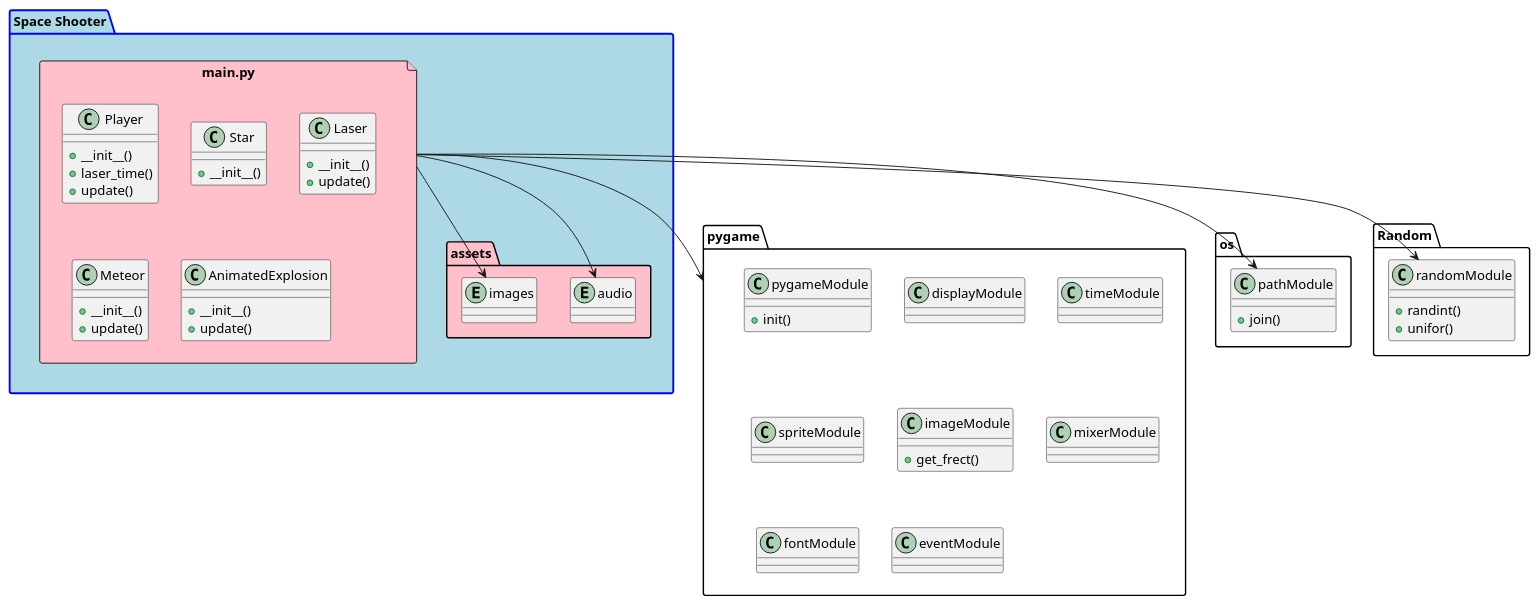
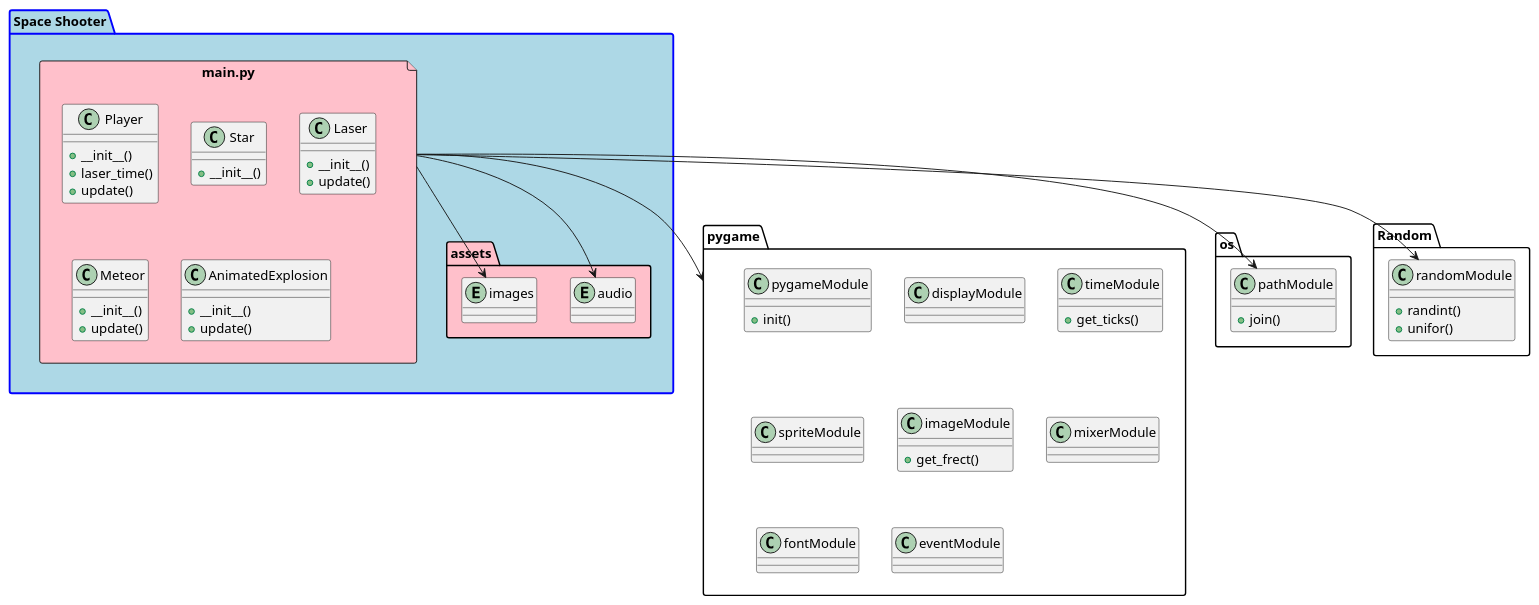
One commit to EZam1992/Pygame-Space-Shooter- changed the diagram in diagrams/main.puml. Above: the diagram before and after it, drawn with PlantUML.

Commit message:
adding puml diagram

```diff
--- a/diagrams/main.puml
+++ b/diagrams/main.puml
@@ -1,103 +1,104 @@
 @startuml
 
 package pygame {
 
     class pygameModule {
         +init()
     }
         
     class displayModule {
 
     }
     
     class timeModule {
+        +get_ticks()
         
     }
     
     class spriteModule {
         
     }
     
     class imageModule {
         +get_frect()
         
     }
  
 
     class mixerModule {
         
     }
  
 
     class fontModule {
         
     }
  
     class eventModule {
         
     }
 }
 
 package os {
 
     class pathModule{
         +join()
     }
 
 
 }
 
 package Random {
 
     class randomModule{
         +randint()
         +unifor()
     }
 
 }
 
 package "Space Shooter" as shoot #LightBlue;line:Blue;line.bold {
 
     package assets #Pink {
     entity audio {}
     entity images {}
 }
 
     file "main.py" as main_py #Pink {
 
     class Player {
         +__init__()
         +laser_time()
         +update()
     }
 
     class Star {
         +__init__()
     }
 
     class Laser {
         +__init__()
         +update()
     }
 
     class Meteor {
         +__init__()
         +update()
     }
 
     class AnimatedExplosion {
         +__init__()
         +update()
     }
 
     }
 
 }
 
 main_py --> pygame 
 main_py --> audio
 main_py --> images
 main_py --> pathModule
 main_py --> randomModule
 
 @enduml
```
